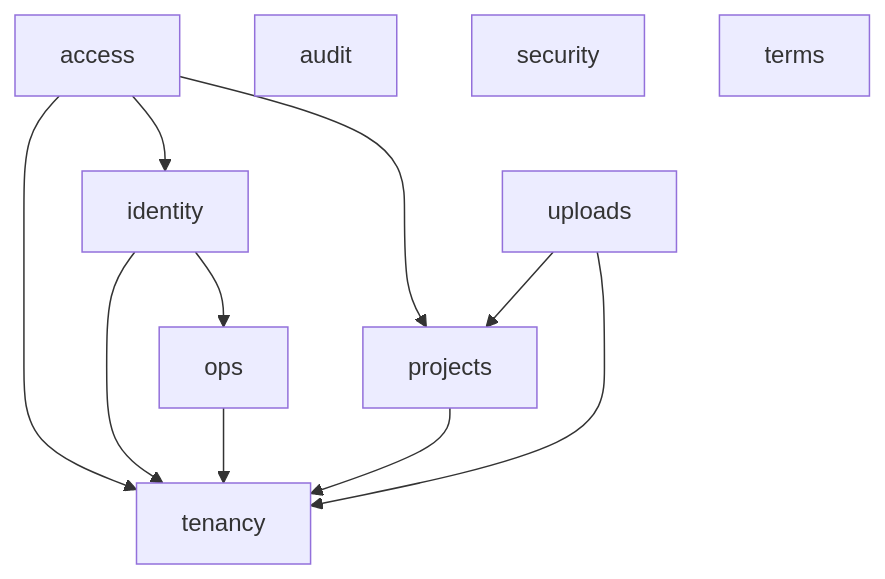
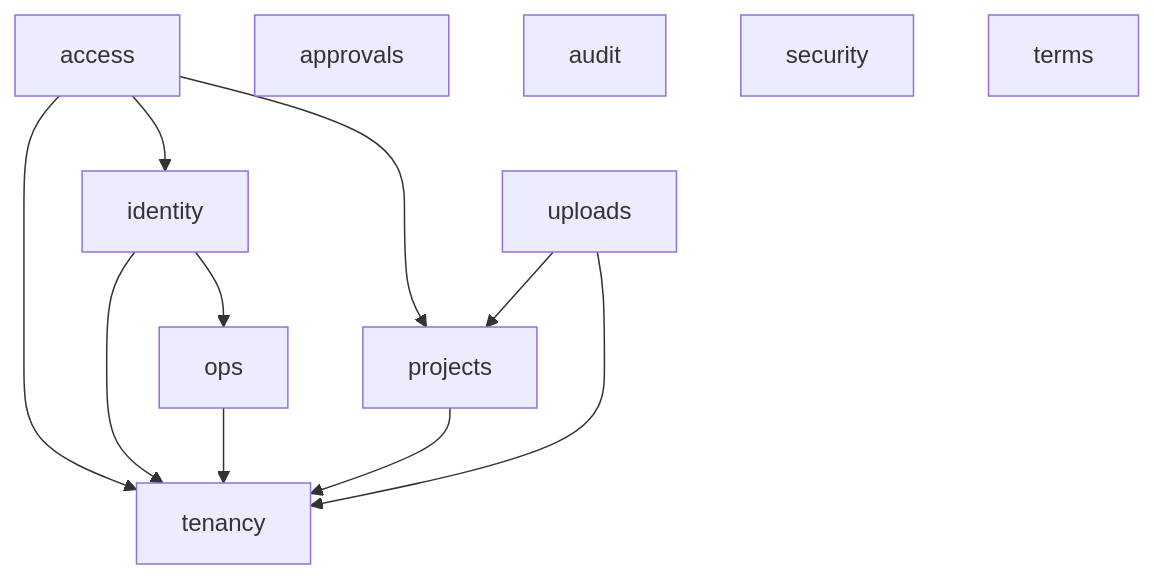
Before and after one commit to kingdonk-ops/Project-AIP: the diagram in docs/architecture/module-map.md, drawn with Mermaid. The commit also changed other lines of this file, not shown here.

Commit message:
APPROVALS-01: regenerate module map with approvals

````diff
--- a/docs/architecture/module-map.md
+++ b/docs/architecture/module-map.md
@@ -24,16 +25,17 @@
 ```mermaid
 graph TD
     access --> identity
     access --> projects
     access --> tenancy
+    approvals
     audit
     identity --> ops
     identity --> tenancy
     ops --> tenancy
     projects --> tenancy
     security
     tenancy
     terms
     uploads --> projects
     uploads --> tenancy
 ```
````
